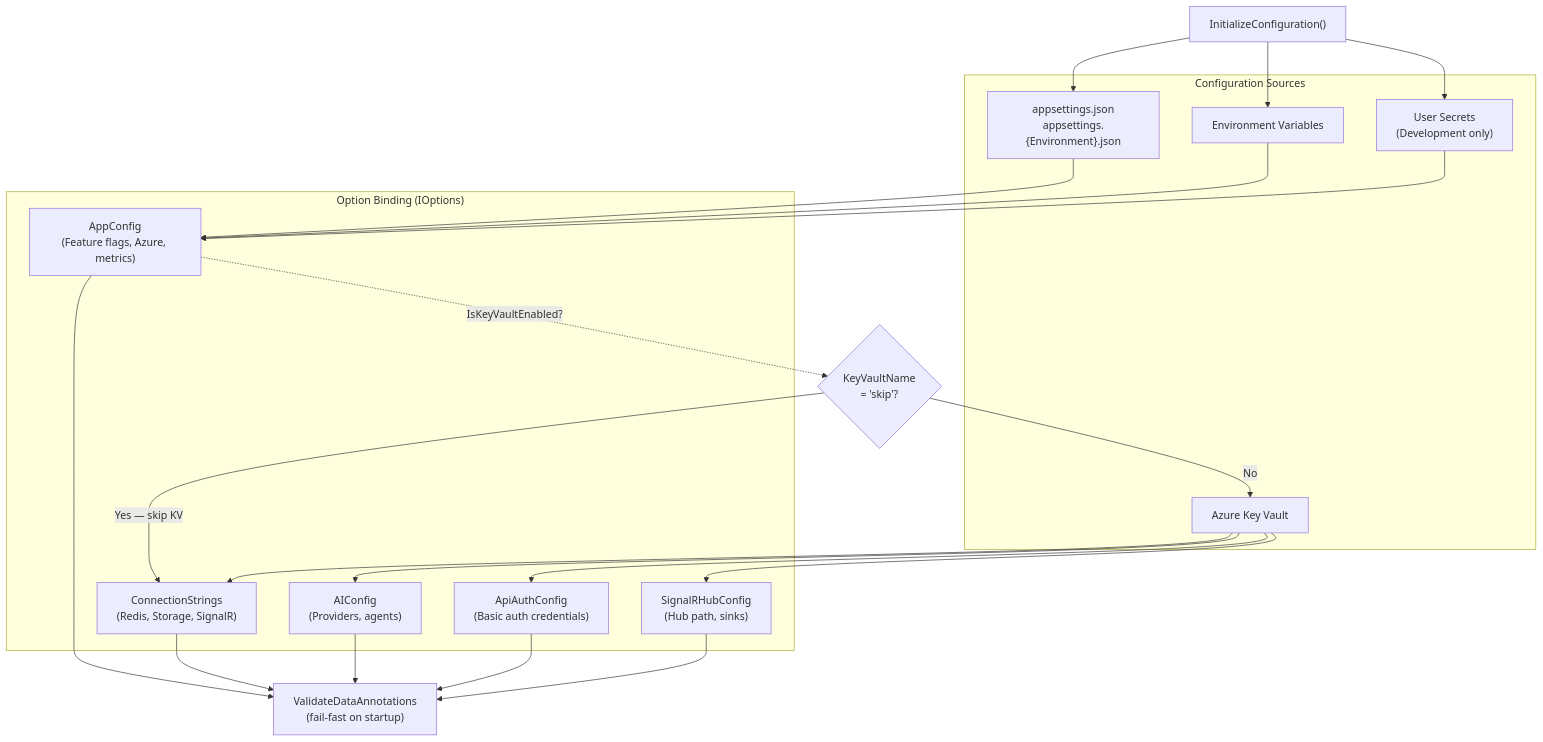
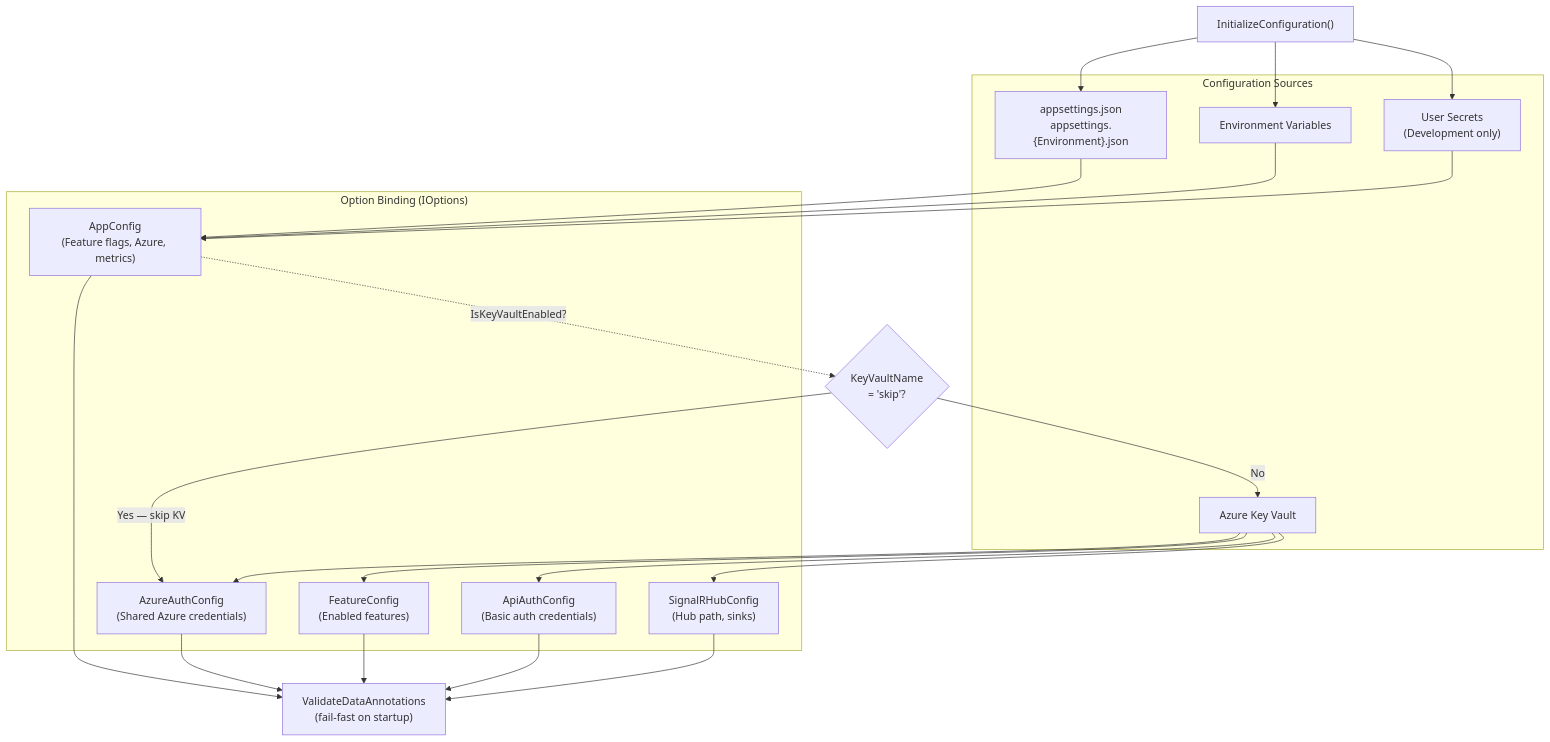
One commit to f2calv/SmartHaus changed the diagram in src/CasCap.App/README.md. Above: the diagram before and after it, drawn with Mermaid. The commit also changed other lines of this file and 10 other files, not shown here.

````diff
--- a/src/CasCap.App/README.md
+++ b/src/CasCap.App/README.md
@@ -46,39 +46,39 @@
 ```mermaid
 flowchart TD
     START["InitializeConfiguration()"]
 
     subgraph Sources["Configuration Sources"]
         APPSETTINGS["appsettings.json<br/>appsettings.{Environment}.json"]
         ENV["Environment Variables"]
         SECRETS["User Secrets<br/>(Development only)"]
         KV["Azure Key Vault"]
     end
 
     subgraph Binding["Option Binding (IOptions)"]
         APP["AppConfig<br/>(Feature flags, Azure, metrics)"]
-        CONN["ConnectionStrings<br/>(Redis, Storage, SignalR)"]
-        AI["AIConfig<br/>(Providers, agents)"]
+        AZURE["AzureAuthConfig<br/>(Shared Azure credentials)"]
+        FEATURES["FeatureConfig<br/>(Enabled features)"]
         AUTH["ApiAuthConfig<br/>(Basic auth credentials)"]
         HUB["SignalRHubConfig<br/>(Hub path, sinks)"]
     end
 
     START --> APPSETTINGS
     START --> ENV
     START --> SECRETS
     APPSETTINGS --> APP
     ENV --> APP
     SECRETS --> APP
     APP -."IsKeyVaultEnabled?".-> KV_CHECK{"KeyVaultName<br/>= 'skip'?"}
     KV_CHECK -->|"No"| KV
-    KV_CHECK -->|"Yes — skip KV"| CONN
-    KV --> CONN
-    KV --> AI
+    KV_CHECK -->|"Yes — skip KV"| AZURE
+    KV --> AZURE
+    KV --> FEATURES
     KV --> AUTH
     KV --> HUB
 
     APP --> VALIDATION["ValidateDataAnnotations<br/>(fail-fast on startup)"]
-    CONN --> VALIDATION
-    AI --> VALIDATION
+    AZURE --> VALIDATION
+    FEATURES --> VALIDATION
     AUTH --> VALIDATION
     HUB --> VALIDATION
 ```
````
